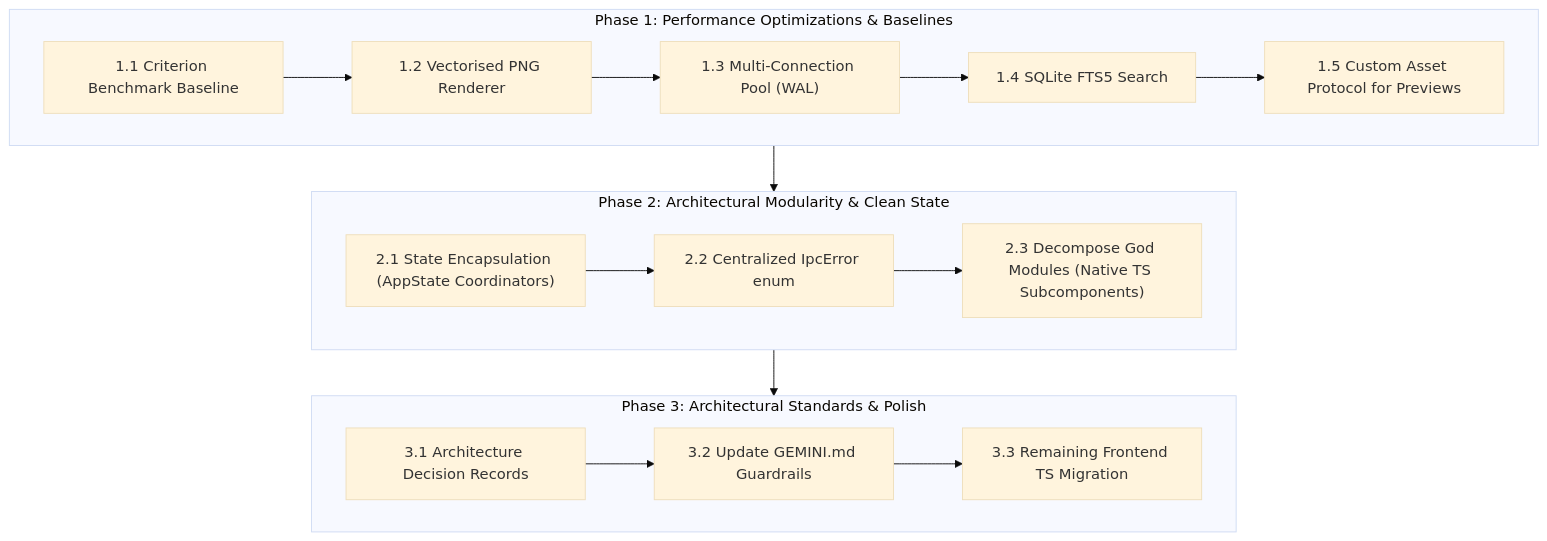
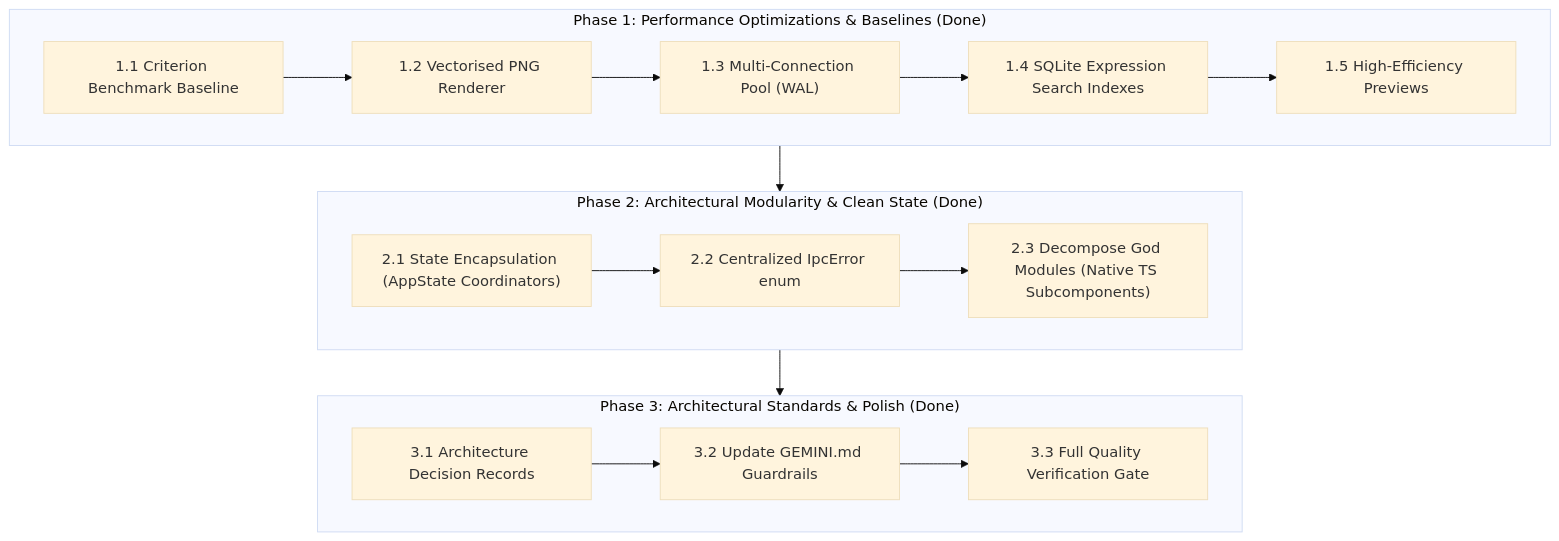
One commit to JulieStenning/Rust-Embroidery-Catalogue changed the diagram in docs/refactor-oct.MD. Above: the diagram before and after it, drawn with Mermaid (base theme). The commit also changed other lines of this file and 22 other files, not shown here.

Commit message:
refactored(docs): added architecture decision records and updated architectural guardrails in GEMINI.md

````diff
--- a/docs/refactor-oct.MD
+++ b/docs/refactor-oct.MD
@@ -190,22 +204,22 @@
 ```mermaid
 flowchart TD
-    subgraph Phase1["Phase 1: Performance Optimizations & Baselines"]
+    subgraph Phase1["Phase 1: Performance Optimizations & Baselines (Done)"]
         A0["1.1 Criterion Benchmark Baseline"] --> A1["1.2 Vectorised PNG Renderer"]
         A1 --> A2["1.3 Multi-Connection Pool (WAL)"]
-        A2 --> A3["1.4 SQLite FTS5 Search"]
-        A3 --> A4["1.5 Custom Asset Protocol for Previews"]
+        A2 --> A3["1.4 SQLite Expression Search Indexes"]
+        A3 --> A4["1.5 High-Efficiency Previews"]
     end
 
-    subgraph Phase2["Phase 2: Architectural Modularity & Clean State"]
+    subgraph Phase2["Phase 2: Architectural Modularity & Clean State (Done)"]
         B1["2.1 State Encapsulation (AppState Coordinators)"] --> B2["2.2 Centralized IpcError enum"]
         B2 --> B3["2.3 Decompose God Modules (Native TS Subcomponents)"]
     end
 
-    subgraph Phase3["Phase 3: Architectural Standards & Polish"]
+    subgraph Phase3["Phase 3: Architectural Standards & Polish (Done)"]
         C1["3.1 Architecture Decision Records"] --> C2["3.2 Update GEMINI.md Guardrails"]
-        C2 --> C3["3.3 Remaining Frontend TS Migration"]
+        C2 --> C3["3.3 Full Quality Verification Gate"]
     end
 
     Phase1 --> Phase2
     Phase2 --> Phase3
 ```
````
